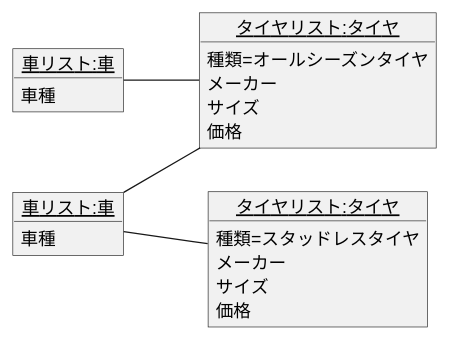
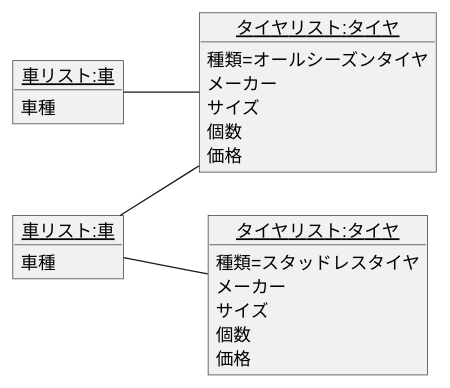
One commit to krij9319/uml-introduction changed the diagram in 演習3-4_オブジェクト図.pu. Above: the diagram before and after it, drawn with PlantUML.

Commit message:
演習3-4_オブジェクト図の修正

```diff
--- a/演習3-4_オブジェクト図.pu
+++ b/演習3-4_オブジェクト図.pu
@@ -1,28 +1,30 @@
 @startuml 演習3-4
     left to right direction
     object "<u>車リスト:車</u>" as car1{
         車種
     }
 
     object "<u>車リスト:車</u>" as car2{
         車種
     }
 
     object "<u>タイヤリスト:タイヤ</u>" as tire1{
         種類=オールシーズンタイヤ
         メーカー
         サイズ
+        個数
         価格
     }
 
     object "<u>タイヤリスト:タイヤ</u>" as tire2{
         種類=スタッドレスタイヤ
         メーカー
         サイズ
+        個数
         価格
     }
 
     car1 -- tire1
     car1 -- tire2
     car2 -- tire1
 @enduml
```
